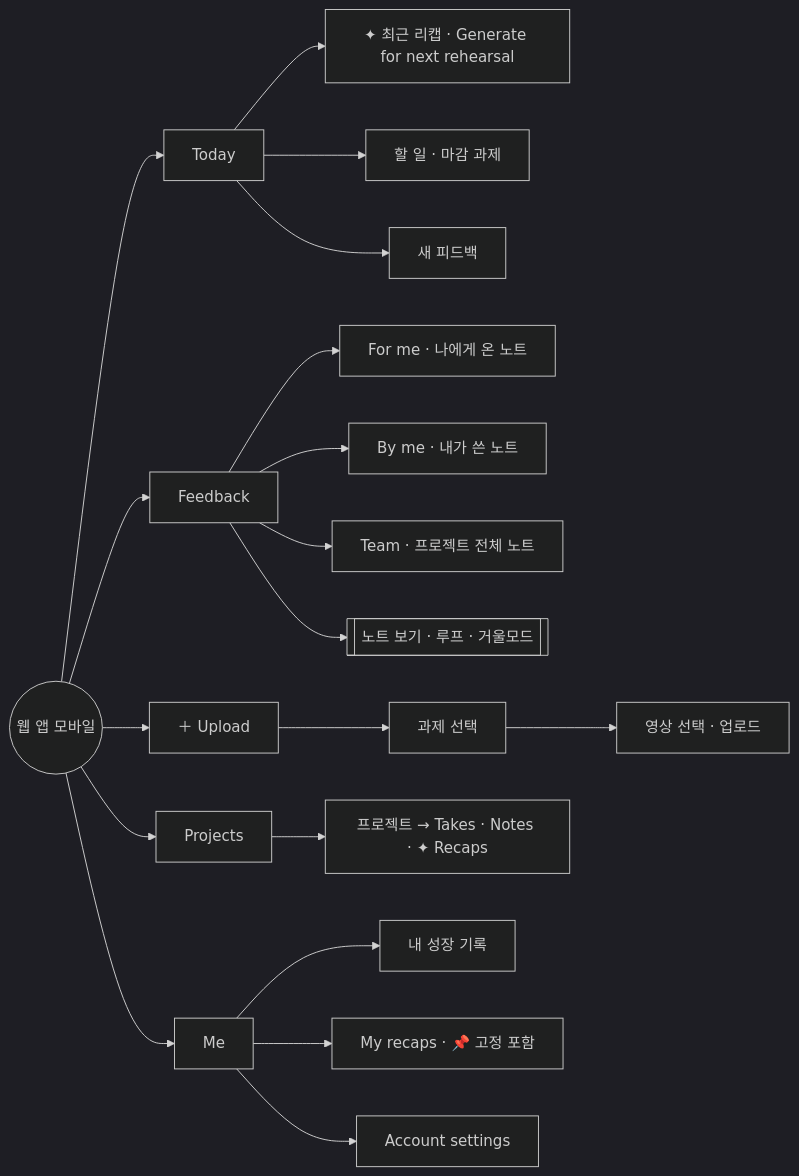
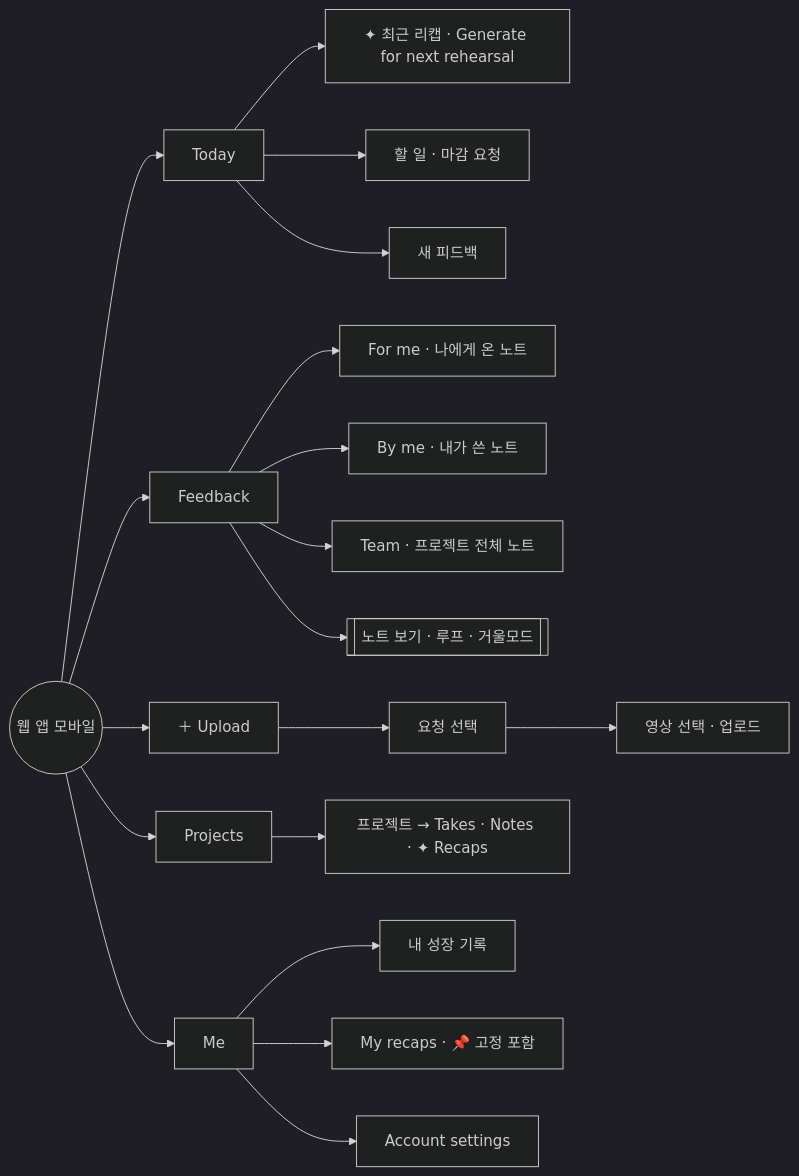
One commit to hope13710/dancerly changed the fourth of 4 diagrams in docs/01-menu-structure.md. Above: the diagram before and after it, drawn with Mermaid (dark theme). The commit also changed other lines of this file and 11 other files, not shown here.

````diff
--- a/docs/01-menu-structure.md
+++ b/docs/01-menu-structure.md
@@ -211,22 +211,22 @@
 ```mermaid
 flowchart LR
   DA((웹 앱 모바일)) --> T[Today]
   DA --> FB[Feedback]
   DA --> UP[＋ Upload]
   DA --> PJ[Projects]
   DA --> ME[Me]
 
   T --> T0[✦ 최근 리캡 · Generate for next rehearsal]
-  T --> T1[할 일 · 마감 과제]
+  T --> T1[할 일 · 마감 요청]
   T --> T2[새 피드백]
   FB --> F1[For me · 나에게 온 노트]
   FB --> F2[By me · 내가 쓴 노트]
   FB --> F3[Team · 프로젝트 전체 노트]
   FB --> PV[[노트 보기 · 루프 · 거울모드]]
-  UP --> U1[과제 선택]
+  UP --> U1[요청 선택]
   U1 --> U2[영상 선택 · 업로드]
   PJ --> P1m[프로젝트 → Takes · Notes · ✦ Recaps]
   ME --> M1[내 성장 기록]
   ME --> M2[My recaps · 📌 고정 포함]
   ME --> M3[Account settings]
 ```
````
